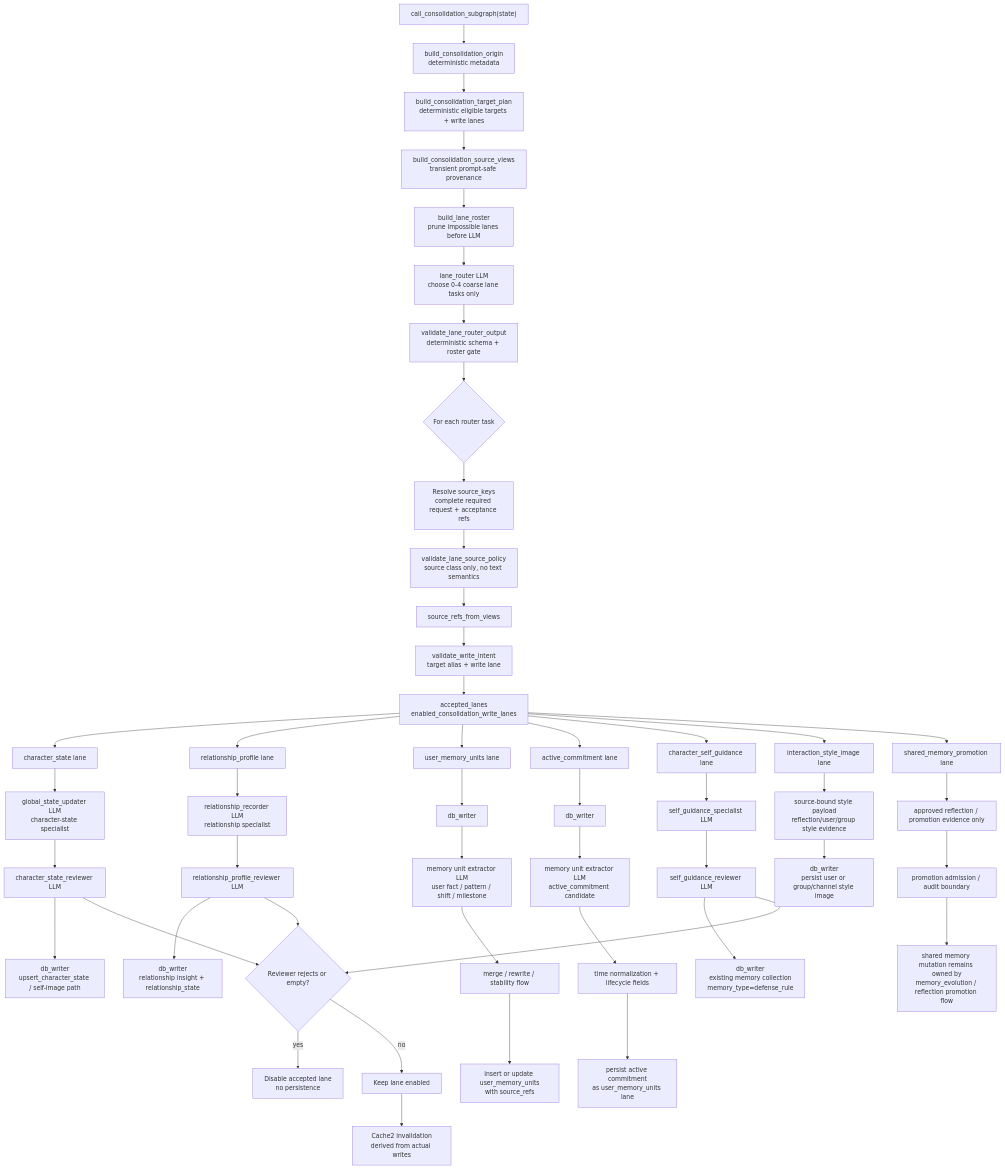
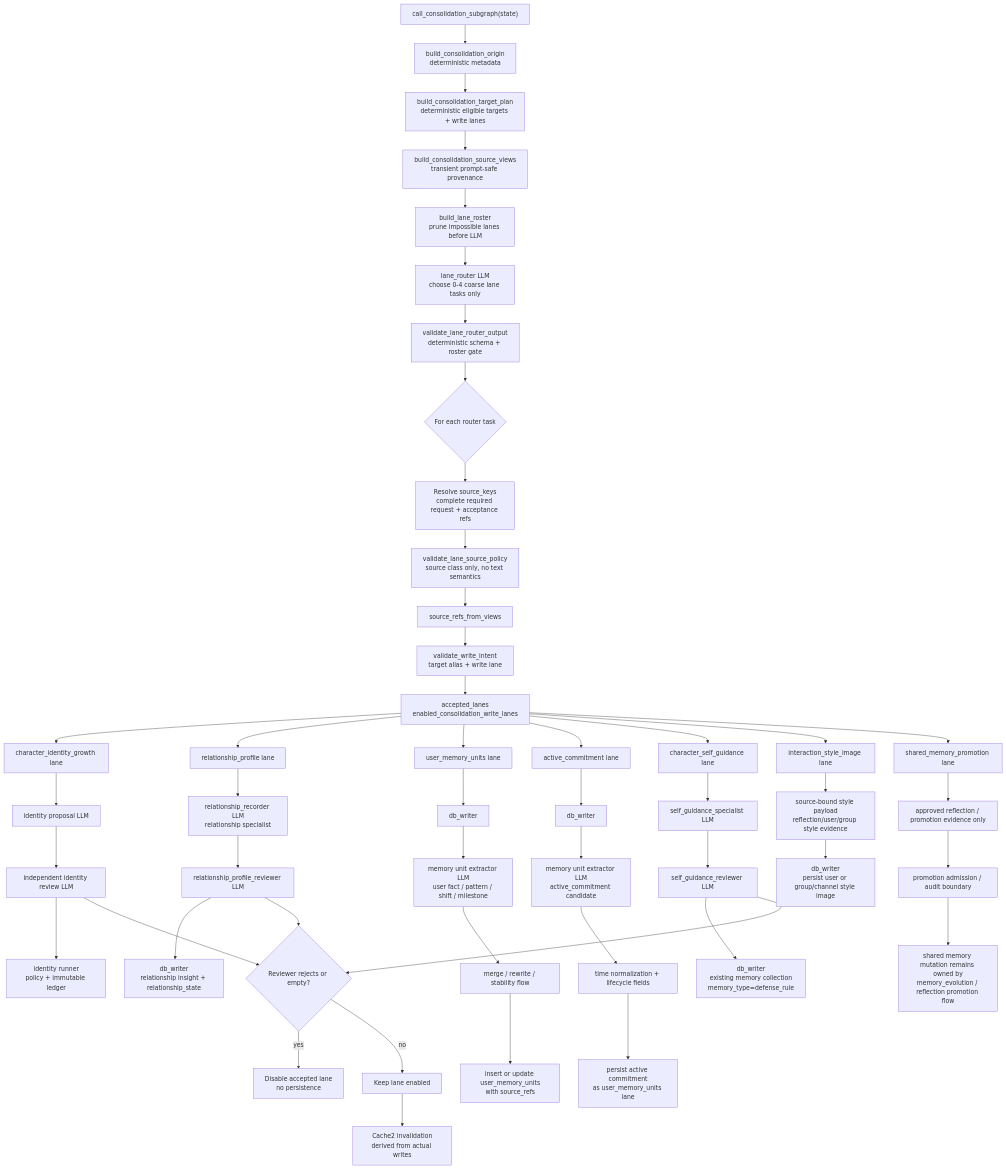
Before and after one commit to eamars/KazusaAIChatbot: the second of 2 diagrams in src/kazusa_ai_chatbot/consolidation/README.md, drawn with Mermaid. The commit also changed other lines of this file and 121 other files, not shown here.

````diff
--- a/src/kazusa_ai_chatbot/consolidation/README.md
+++ b/src/kazusa_ai_chatbot/consolidation/README.md
@@ -209,60 +208,60 @@
 ```mermaid
 flowchart TD
     A["call_consolidation_subgraph(state)"] --> B["build_consolidation_origin<br/>deterministic metadata"]
     B --> C["build_consolidation_target_plan<br/>deterministic eligible targets + write lanes"]
     C --> D["build_consolidation_source_views<br/>transient prompt-safe provenance"]
     D --> E["build_lane_roster<br/>prune impossible lanes before LLM"]
     E --> F["lane_router LLM<br/>choose 0-4 coarse lane tasks only"]
     F --> G["validate_lane_router_output<br/>deterministic schema + roster gate"]
 
     G --> H{"For each router task"}
     H --> I["Resolve source_keys<br/>complete required request + acceptance refs"]
     I --> J["validate_lane_source_policy<br/>source class only, no text semantics"]
     J --> K["source_refs_from_views"]
     K --> L["validate_write_intent<br/>target alias + write lane"]
     L --> M["accepted_lanes<br/>enabled_consolidation_write_lanes"]
 
-    M --> CS["character_state lane"]
-    CS --> CS1["global_state_updater LLM<br/>character-state specialist"]
-    CS1 --> CS2["character_state_reviewer LLM"]
-    CS2 --> CS3["db_writer<br/>upsert_character_state / self-image path"]
+    M --> IG["character_identity_growth lane"]
+    IG --> IG1["identity proposal LLM"]
+    IG1 --> IG2["independent identity review LLM"]
+    IG2 --> IG3["identity runner<br/>policy + immutable ledger"]
 
     M --> RP["relationship_profile lane"]
     RP --> RP1["relationship_recorder LLM<br/>relationship specialist"]
     RP1 --> RP2["relationship_profile_reviewer LLM"]
     RP2 --> RP3["db_writer<br/>relationship insight + relationship_state"]
 
     M --> UM["user_memory_units lane"]
     UM --> UM1["db_writer"]
     UM1 --> UM2["memory unit extractor LLM<br/>user fact / pattern / shift / milestone"]
     UM2 --> UM3["merge / rewrite / stability flow"]
     UM3 --> UM4["insert or update user_memory_units<br/>with source_refs"]
 
     M --> AC["active_commitment lane"]
     AC --> AC1["db_writer"]
     AC1 --> AC2["memory unit extractor LLM<br/>active_commitment candidate"]
     AC2 --> AC3["time normalization + lifecycle fields"]
     AC3 --> AC4["persist active commitment<br/>as user_memory_units lane"]
 
     M --> SG["character_self_guidance lane"]
     SG --> SG1["self_guidance_specialist LLM"]
     SG1 --> SG2["self_guidance_reviewer LLM"]
     SG2 --> SG3["db_writer<br/>existing memory collection<br/>memory_type=defense_rule"]
 
     M --> IS["interaction_style_image lane"]
     IS --> IS1["source-bound style payload<br/>reflection/user/group style evidence"]
     IS1 --> IS2["db_writer<br/>persist user or group/channel style image"]
 
     M --> SM["shared_memory_promotion lane"]
     SM --> SM1["approved reflection / promotion evidence only"]
     SM1 --> SM2["promotion admission / audit boundary"]
     SM2 --> SM3["shared memory mutation remains owned by<br/>memory_evolution / reflection promotion flow"]
 
-    CS2 --> R{"Reviewer rejects or empty?"}
+    IG2 --> R{"Reviewer rejects or empty?"}
     RP2 --> R
     SG2 --> R
     R -->|yes| X["Disable accepted lane<br/>no persistence"]
     R -->|no| Y["Keep lane enabled"]
 
     Y --> Z["Cache2 invalidation<br/>derived from actual writes"]
 ```
````
